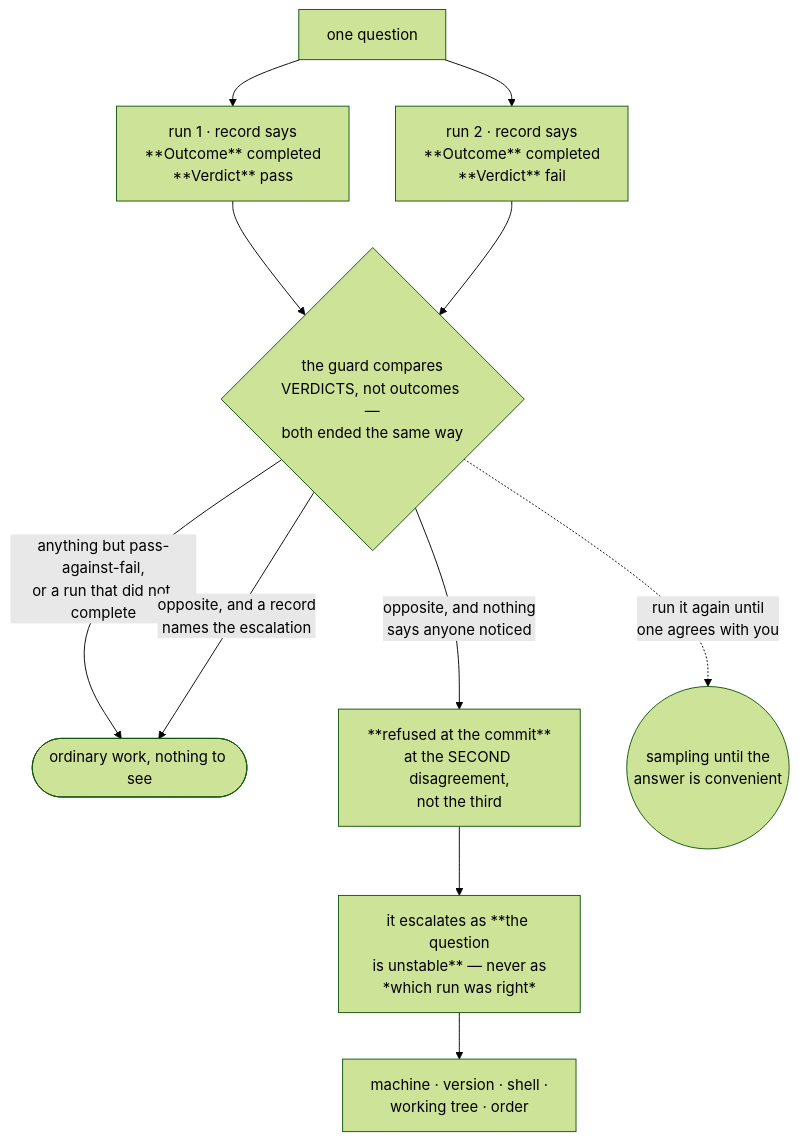
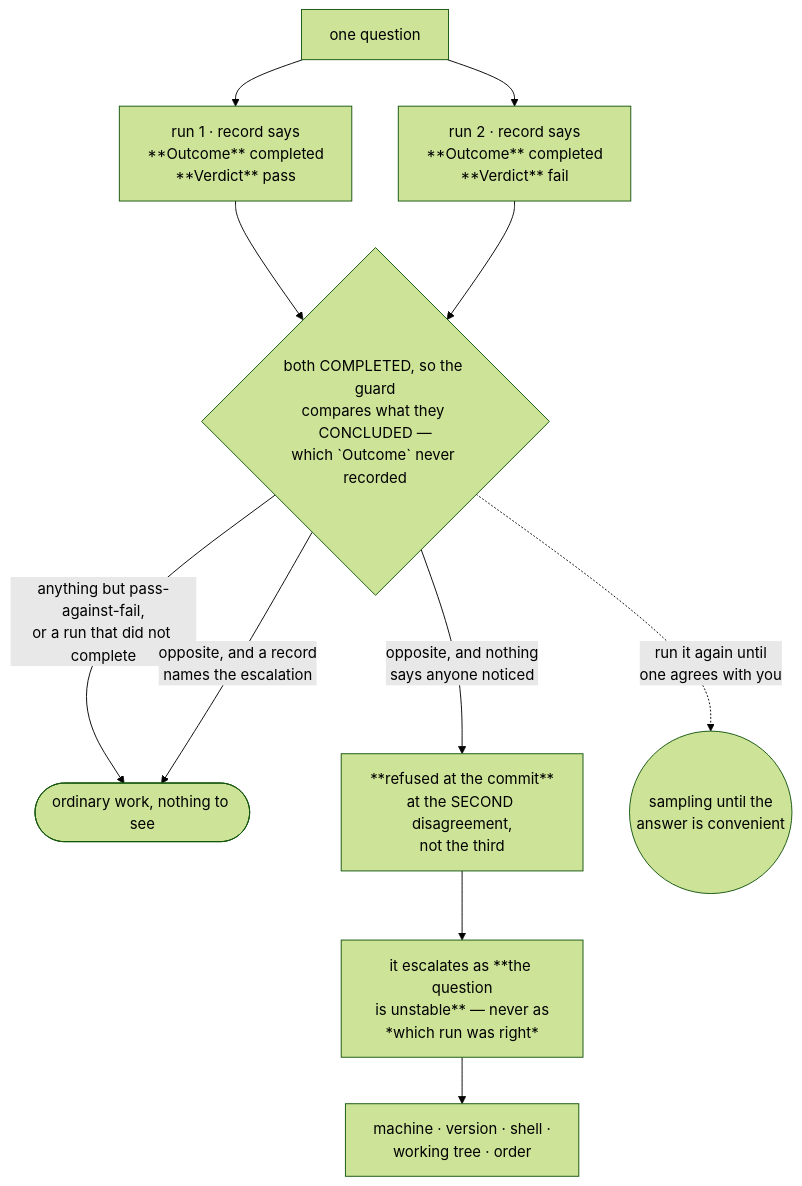
One commit to jamillazarev/opsinist changed the first of 3 diagrams in escalating.md. Above: the diagram before and after it, drawn with Mermaid (forest theme). The commit also changed other lines of this file and 9 other files, not shown here.

````diff
--- a/escalating.md
+++ b/escalating.md
@@ -80,12 +80,12 @@
 ```mermaid
 flowchart TB
   Q[one question] --> R1["run 1 · record says<br/>**Outcome** completed<br/>**Verdict** pass"]
   Q --> R2["run 2 · record says<br/>**Outcome** completed<br/>**Verdict** fail"]
-  R1 & R2 --> G{"the guard compares<br/>VERDICTS, not outcomes —<br/>both ended the same way"}
+  R1 & R2 --> G{"both COMPLETED, so the guard<br/>compares what they CONCLUDED —<br/>which `Outcome` never recorded"}
   G -->|"anything but pass-against-fail,<br/>or a run that did not complete"| OK([ordinary work, nothing to see])
   G -->|"opposite, and a record<br/>names the escalation"| OK
   G -->|"opposite, and nothing<br/>says anyone noticed"| X["**refused at the commit**<br/>at the SECOND disagreement,<br/>not the third"]
   X --> E["it escalates as **the question<br/>is unstable** — never as<br/>*which run was right*"]
   E --> M[machine · version · shell ·<br/>working tree · order]
   G -.->|"run it again until<br/>one agrees with you"| S(("sampling until the<br/>answer is convenient"))
 ```
````
